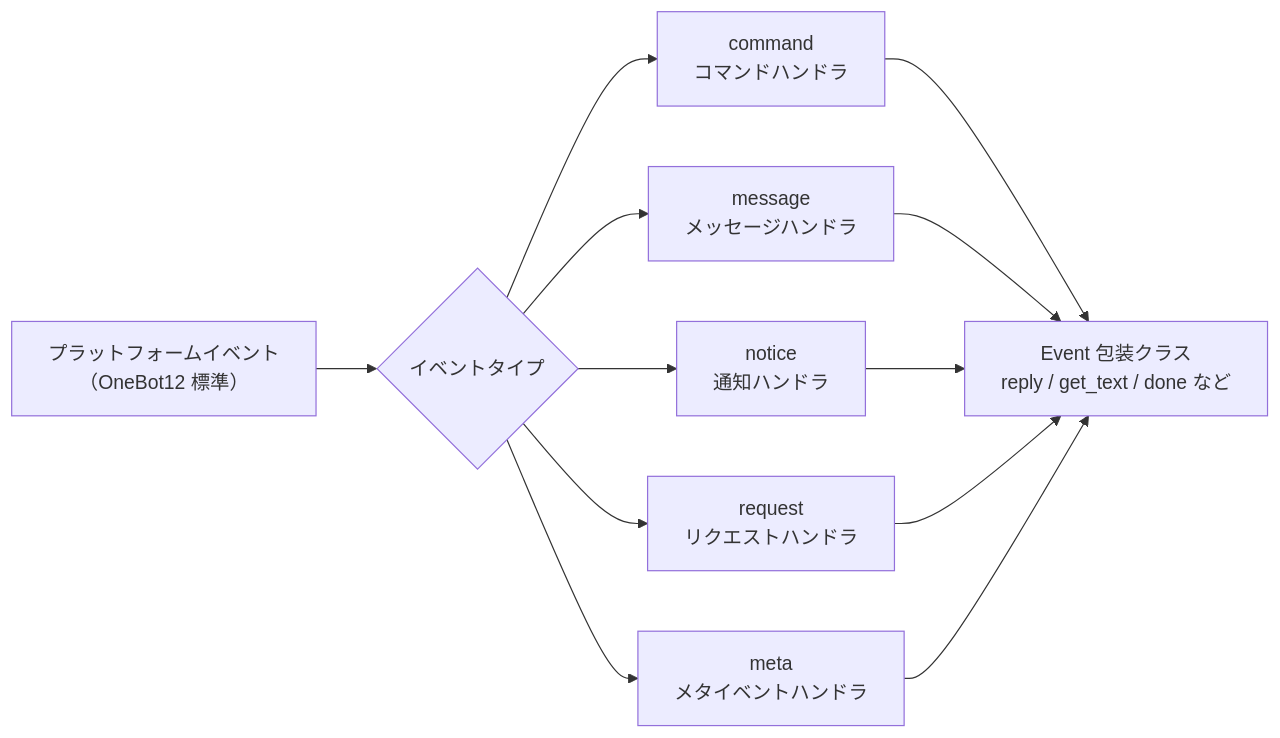
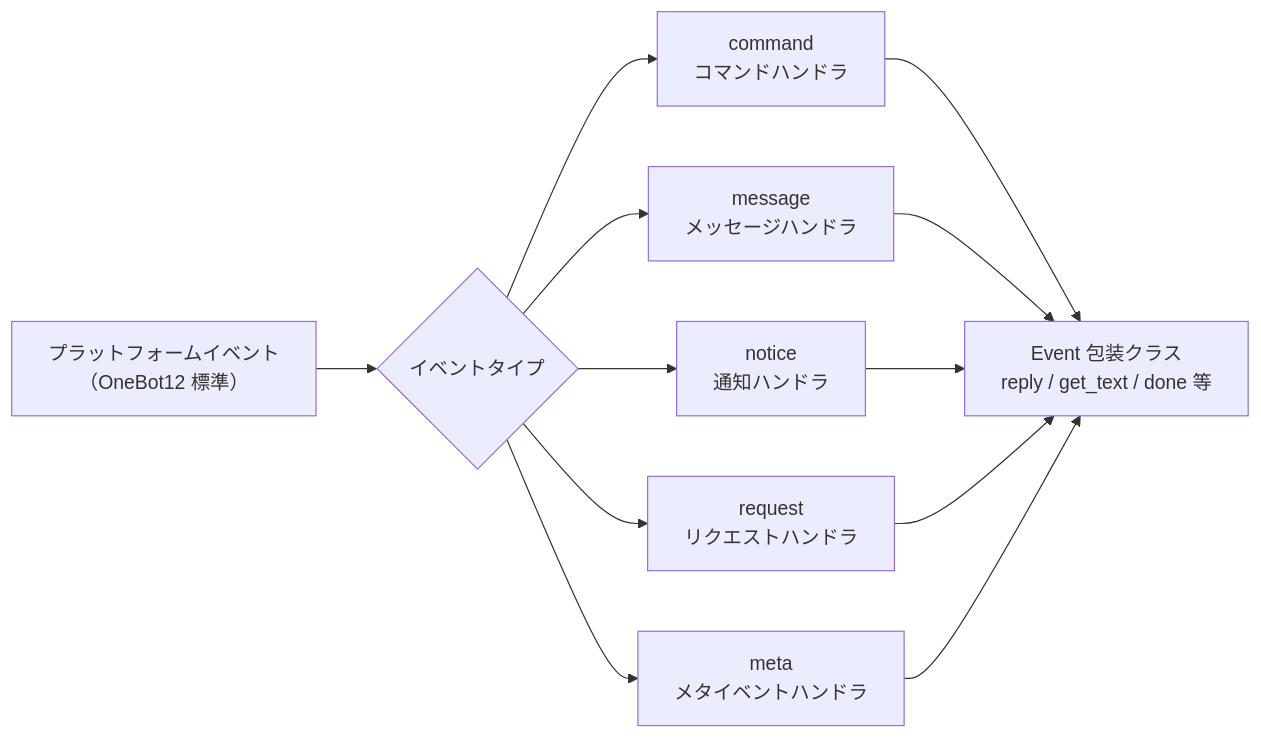
Before and after one commit to ErisPulse/ErisPulse: the diagram in docs/ja/api-reference/event-system.md, drawn with Mermaid. The commit also changed other lines of this file and 23 other files, not shown here.

````diff
--- a/docs/ja/api-reference/event-system.md
+++ b/docs/ja/api-reference/event-system.md
@@ -7,10 +7,10 @@
 ```mermaid
 flowchart LR
     A["プラットフォームイベント<br/>（OneBot12 標準）"] --> B{"イベントタイプ"}
     B --> C["command<br/>コマンドハンドラ"]
     B --> D["message<br/>メッセージハンドラ"]
     B --> E["notice<br/>通知ハンドラ"]
     B --> F["request<br/>リクエストハンドラ"]
     B --> G["meta<br/>メタイベントハンドラ"]
-    C & D & E & F & G --> H["Event 包装クラス<br/>reply / get_text / done など"]
+    C & D & E & F & G --> H["Event 包装クラス<br/>reply / get_text / done 等"]
 ```
````
